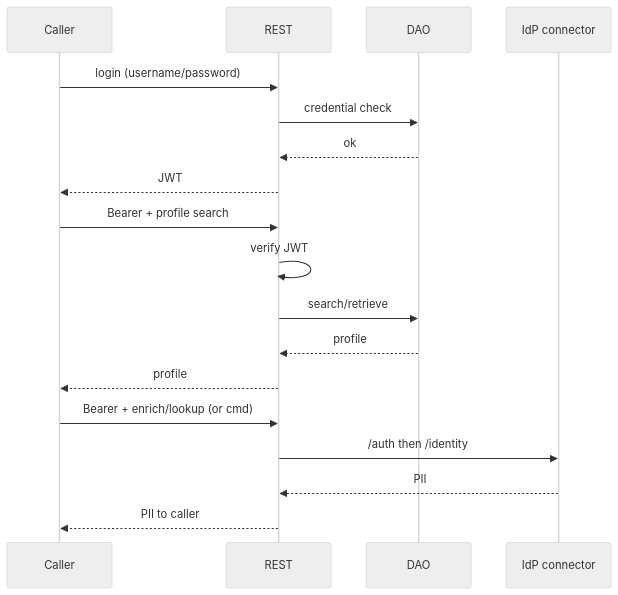
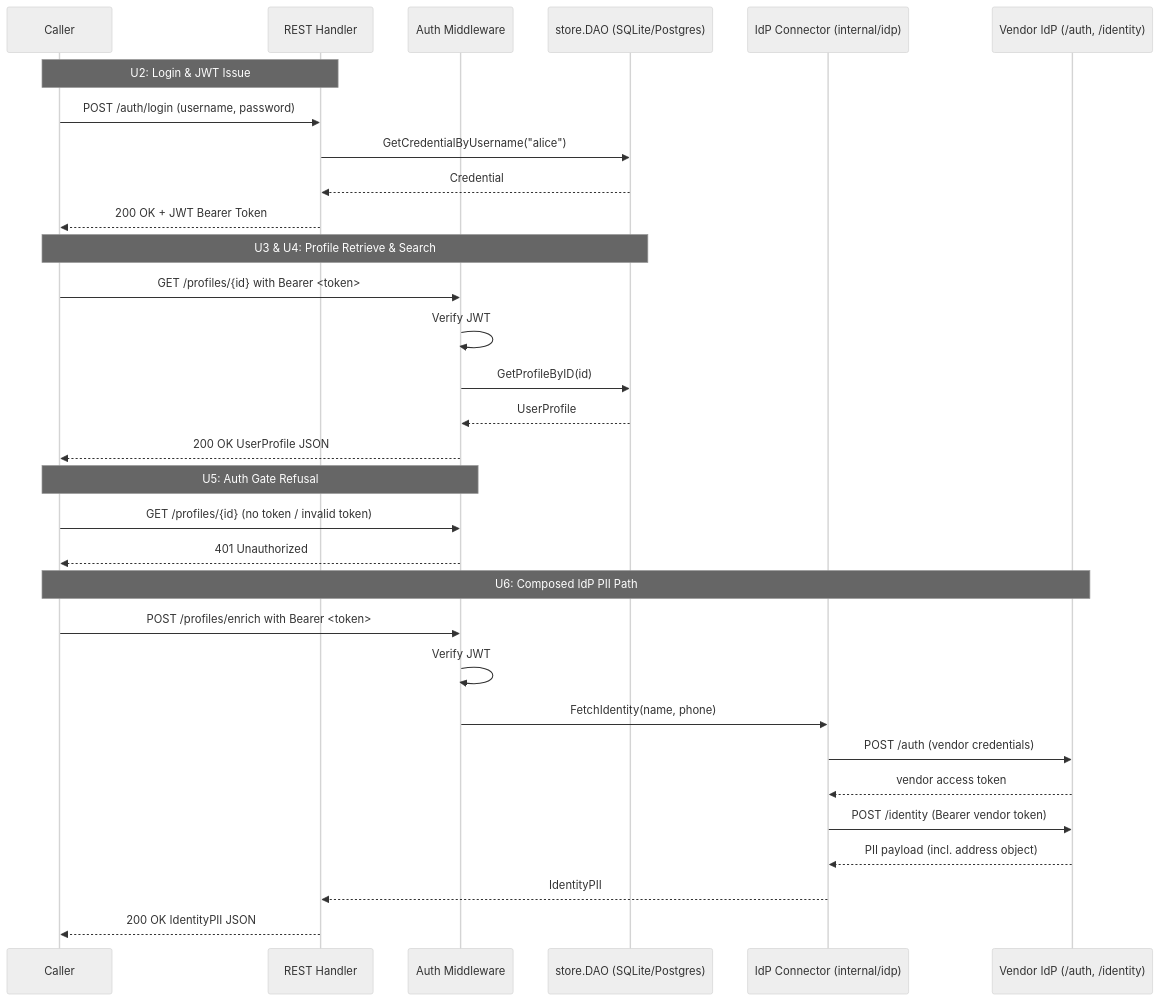
Before and after one commit to svanegmond/identity-oct-6: the diagram in project/demos/ENG-561-identity-go-service.md, drawn with Mermaid (neutral theme). The commit also changed other lines of this file and 1 other file, not shown here.

````diff
--- a/project/demos/ENG-561-identity-go-service.md
+++ b/project/demos/ENG-561-identity-go-service.md
@@ -58,20 +51,37 @@
 ```mermaid
 sequenceDiagram
   participant Caller
-  participant REST
-  participant DAO
-  participant IdP as IdP connector
-  Caller->>REST: login (username/password)
-  REST->>DAO: credential check
-  DAO-->>REST: ok
-  REST-->>Caller: JWT
-  Caller->>REST: Bearer + profile search
-  REST->>REST: verify JWT
-  REST->>DAO: search/retrieve
-  DAO-->>REST: profile
-  REST-->>Caller: profile
-  Caller->>REST: Bearer + enrich/lookup (or cmd)
-  REST->>IdP: /auth then /identity
-  IdP-->>REST: PII
-  REST-->>Caller: PII to caller
+  participant REST as REST Handler
+  participant Auth as Auth Middleware
+  participant DAO as store.DAO (SQLite/Postgres)
+  participant IdP as IdP Connector (internal/idp)
+  participant FakeIdP as Vendor IdP (/auth, /identity)
+
+  Note over Caller,REST: U2: Login & JWT Issue
+  Caller->>REST: POST /auth/login (username, password)
+  REST->>DAO: GetCredentialByUsername("alice")
+  DAO-->>REST: Credential
+  REST-->>Caller: 200 OK + JWT Bearer Token
+
+  Note over Caller,DAO: U3 & U4: Profile Retrieve & Search
+  Caller->>Auth: GET /profiles/{id} with Bearer <token>
+  Auth->>Auth: Verify JWT
+  Auth->>DAO: GetProfileByID(id)
+  DAO-->>Auth: UserProfile
+  Auth-->>Caller: 200 OK UserProfile JSON
+
+  Note over Caller,Auth: U5: Auth Gate Refusal
+  Caller->>Auth: GET /profiles/{id} (no token / invalid token)
+  Auth-->>Caller: 401 Unauthorized
+
+  Note over Caller,FakeIdP: U6: Composed IdP PII Path
+  Caller->>Auth: POST /profiles/enrich with Bearer <token>
+  Auth->>Auth: Verify JWT
+  Auth->>IdP: FetchIdentity(name, phone)
+  IdP->>FakeIdP: POST /auth (vendor credentials)
+  FakeIdP-->>IdP: vendor access token
+  IdP->>FakeIdP: POST /identity (Bearer vendor token)
+  FakeIdP-->>IdP: PII payload (incl. address object)
+  IdP-->>REST: IdentityPII
+  REST-->>Caller: 200 OK IdentityPII JSON
 ```
````
